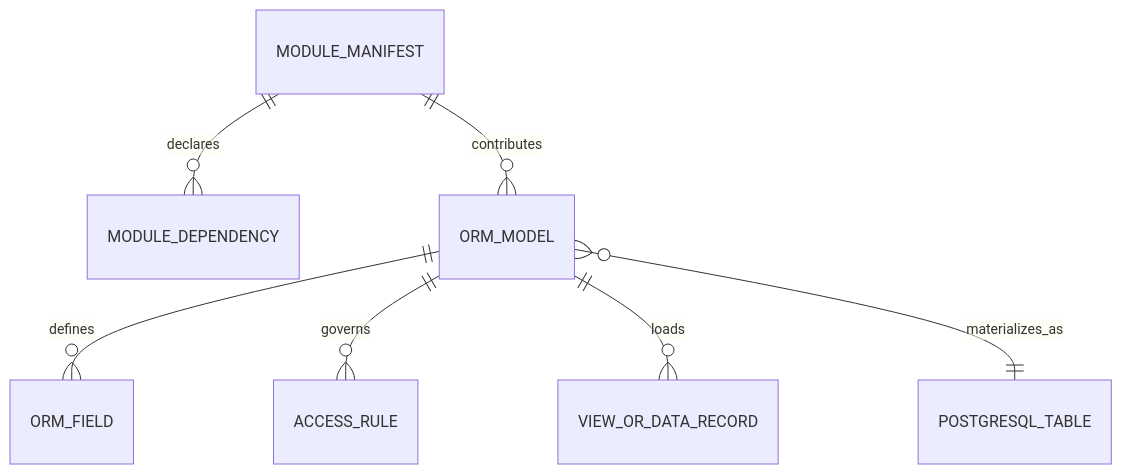
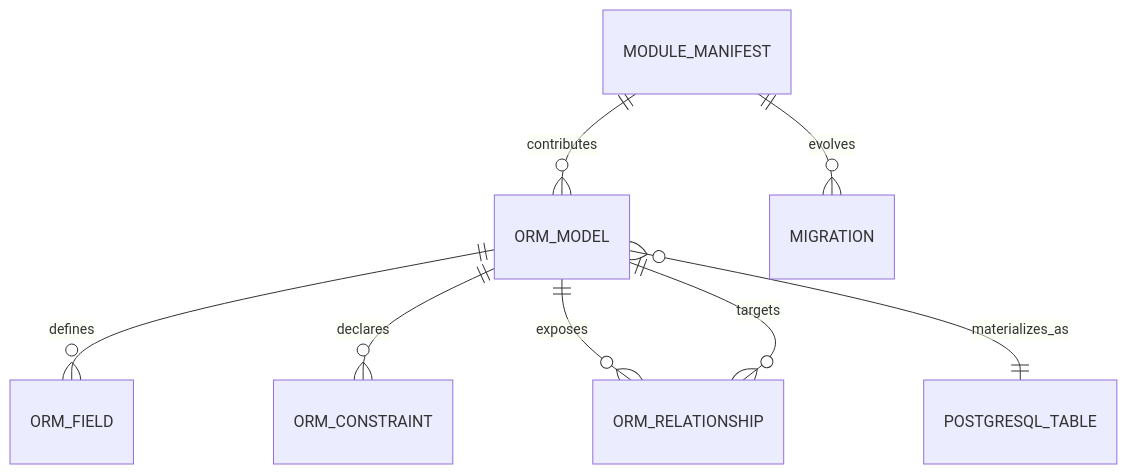
Before and after one commit to DrRoot001/odoo: the diagram in ERP_SYSTEM_DOCUMENTATION/05_DATABASE_DOCUMENTATION/ERD.md, drawn with Mermaid. The commit also changed other lines of this file and 14 other files, not shown here.

````diff
--- a/ERP_SYSTEM_DOCUMENTATION/05_DATABASE_DOCUMENTATION/ERD.md
+++ b/ERP_SYSTEM_DOCUMENTATION/05_DATABASE_DOCUMENTATION/ERD.md
@@ -5,9 +5,10 @@
 ```mermaid
 erDiagram
-  MODULE_MANIFEST ||--o{ MODULE_DEPENDENCY : declares
+  ORM_MODEL ||--o{ ORM_FIELD : defines
+  ORM_MODEL ||--o{ ORM_CONSTRAINT : declares
+  ORM_MODEL ||--o{ ORM_RELATIONSHIP : exposes
+  ORM_RELATIONSHIP }o--|| ORM_MODEL : targets
+  ORM_MODEL }o--|| POSTGRESQL_TABLE : materializes_as
   MODULE_MANIFEST ||--o{ ORM_MODEL : contributes
-  ORM_MODEL ||--o{ ORM_FIELD : defines
-  ORM_MODEL ||--o{ ACCESS_RULE : governs
-  ORM_MODEL ||--o{ VIEW_OR_DATA_RECORD : loads
-  ORM_MODEL }o--|| POSTGRESQL_TABLE : materializes_as
+  MODULE_MANIFEST ||--o{ MIGRATION : evolves
 ```
````
